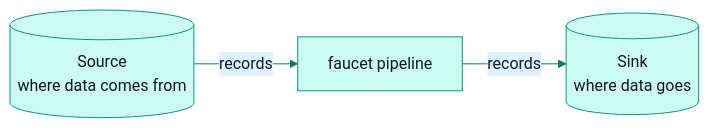
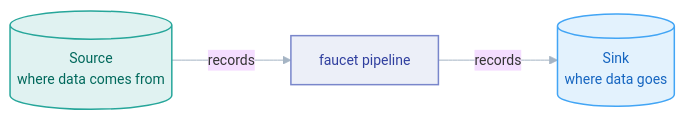
One commit to PawanSikawat/faucet-stream changed the first of 5 diagrams in docs/architecture/learn.md. Above: the diagram before and after it, drawn with Mermaid. The commit also changed other lines of this file and 28 other files, not shown here.

First line of the commit message:
docs: upgrade Mermaid diagrams to V2 role-coded style

````diff
--- a/docs/architecture/learn.md
+++ b/docs/architecture/learn.md
@@ -29,5 +29,11 @@
 ```mermaid
-%%{init: {'theme':'base','themeVariables':{'primaryColor':'#ccfbf1','primaryTextColor':'#0f172a','primaryBorderColor':'#0d9488','lineColor':'#0f766e','secondaryColor':'#e0f2fe','tertiaryColor':'#f0fdfa','fontFamily':'-apple-system,BlinkMacSystemFont,Segoe UI,sans-serif'}}}%%
+%%{init: {'theme':'base','flowchart':{'curve':'basis','nodeSpacing':50,'rankSpacing':72,'padding':14},'themeVariables':{'fontFamily':'-apple-system,BlinkMacSystemFont,Segoe UI,sans-serif','fontSize':'14px','lineColor':'#a5b4c4','clusterBkg':'#f8fafc','clusterBorder':'#e2e8f0'}}}%%
 flowchart LR
     SRC[(Source<br/>where data comes from)] -->|records| PIPE[faucet pipeline] -->|records| SNK[(Sink<br/>where data goes)]
+    classDef src fill:#e0f2f1,stroke:#26a69a,stroke-width:1.5px,color:#00695c
+    classDef proc fill:#eceff8,stroke:#7986cb,stroke-width:1.5px,color:#303f9f
+    classDef sink fill:#e3f2fd,stroke:#42a5f5,stroke-width:1.5px,color:#1565c0
+    class SRC src
+    class PIPE proc
+    class SNK sink
 ```
````
